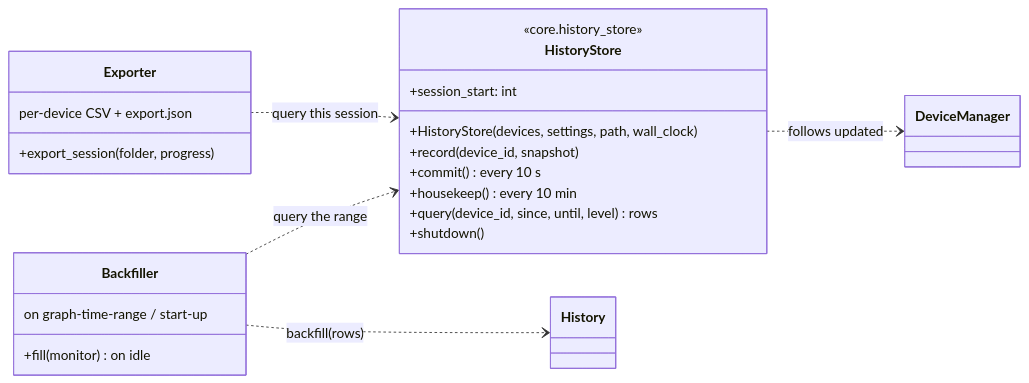
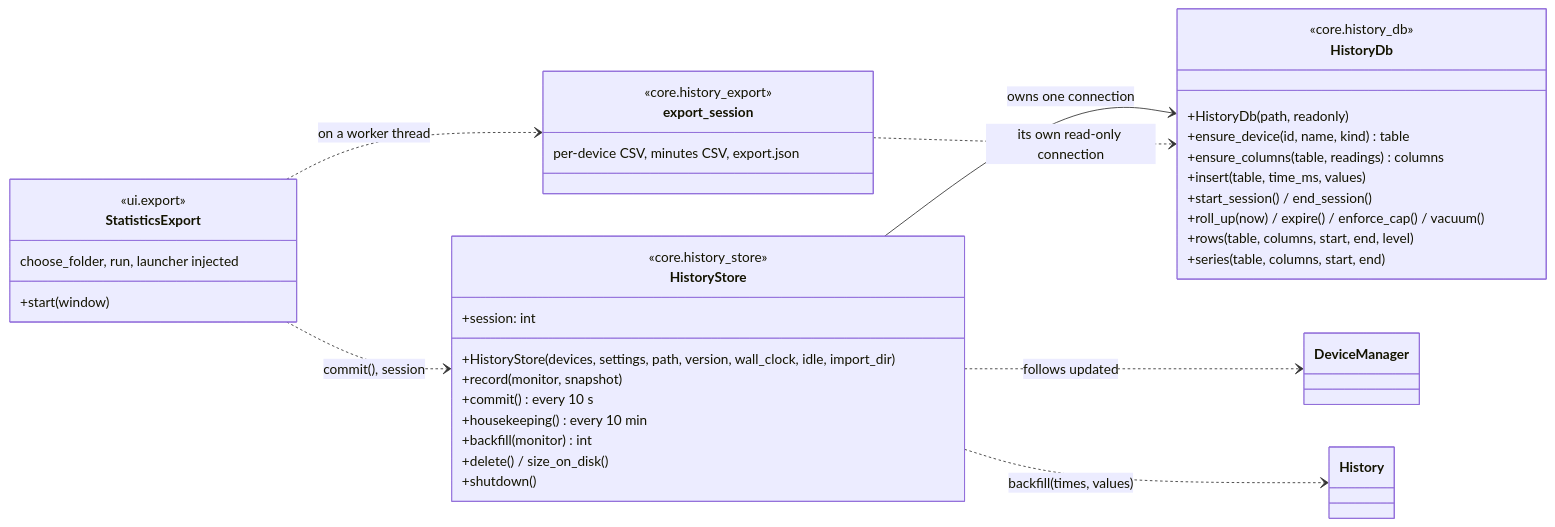
Diagram 35 of 42 in docs/DESIGN.md (mamadingleberry/proccoli), drawn with Mermaid before and after one commit. The commit also changed other lines of this file and 98 other files, not shown here.

````diff
--- a/docs/DESIGN.md
+++ b/docs/DESIGN.md
@@ -2493,26 +2630,41 @@
 ```mermaid
 classDiagram
     direction LR
+    class HistoryDb {
+        <<core.history_db>>
+        +HistoryDb(path, readonly)
+        +ensure_device(id, name, kind) table
+        +ensure_columns(table, readings) columns
+        +insert(table, time_ms, values)
+        +start_session() / end_session()
+        +roll_up(now) / expire() / enforce_cap() / vacuum()
+        +rows(table, columns, start, end, level)
+        +series(table, columns, start, end)
+    }
     class HistoryStore {
         <<core.history_store>>
-        +HistoryStore(devices, settings, path, wall_clock)
-        +record(device_id, snapshot)
+        +HistoryStore(devices, settings, path, version, wall_clock, idle, import_dir)
+        +record(monitor, snapshot)
         +commit()  every 10 s
-        +housekeep()  every 10 min
-        +query(device_id, since, until, level) rows
-        +session_start: int
+        +housekeeping()  every 10 min
+        +backfill(monitor) int
+        +delete() / size_on_disk()
+        +session: int
         +shutdown()
     }
-    class Exporter {
-        +export_session(folder, progress)
-        per-device CSV + export.json
+    class export_session {
+        <<core.history_export>>
+        per-device CSV, minutes CSV, export.json
     }
-    class Backfiller {
-        on graph-time-range / start-up
-        +fill(monitor) on idle
+    class StatisticsExport {
+        <<ui.export>>
+        +start(window)
+        choose_folder, run, launcher injected
     }
+    HistoryStore --> HistoryDb : owns one connection
     HistoryStore ..> DeviceManager : follows updated
-    Exporter ..> HistoryStore : query this session
-    Backfiller ..> HistoryStore : query the range
-    Backfiller ..> History : backfill(rows)
+    HistoryStore ..> History : backfill(times, values)
+    export_session ..> HistoryDb : its own read-only connection
+    StatisticsExport ..> HistoryStore : commit(), session
+    StatisticsExport ..> export_session : on a worker thread
 ```
````
